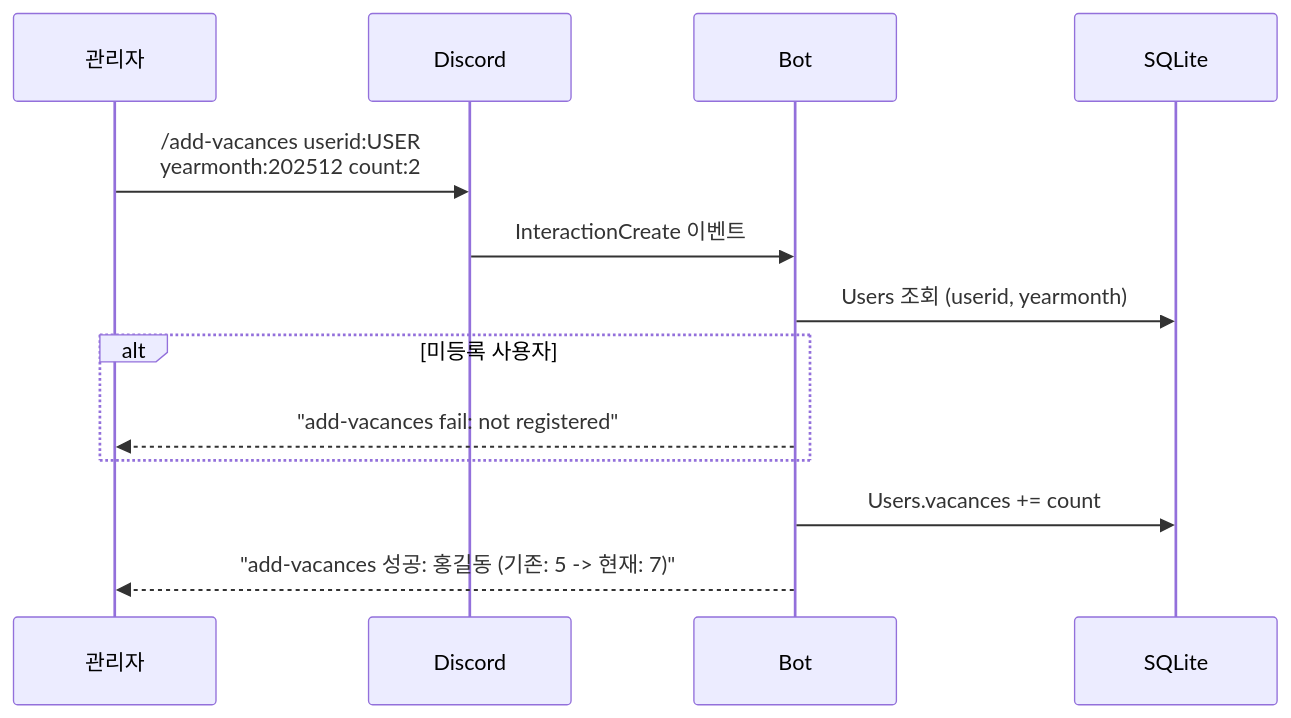
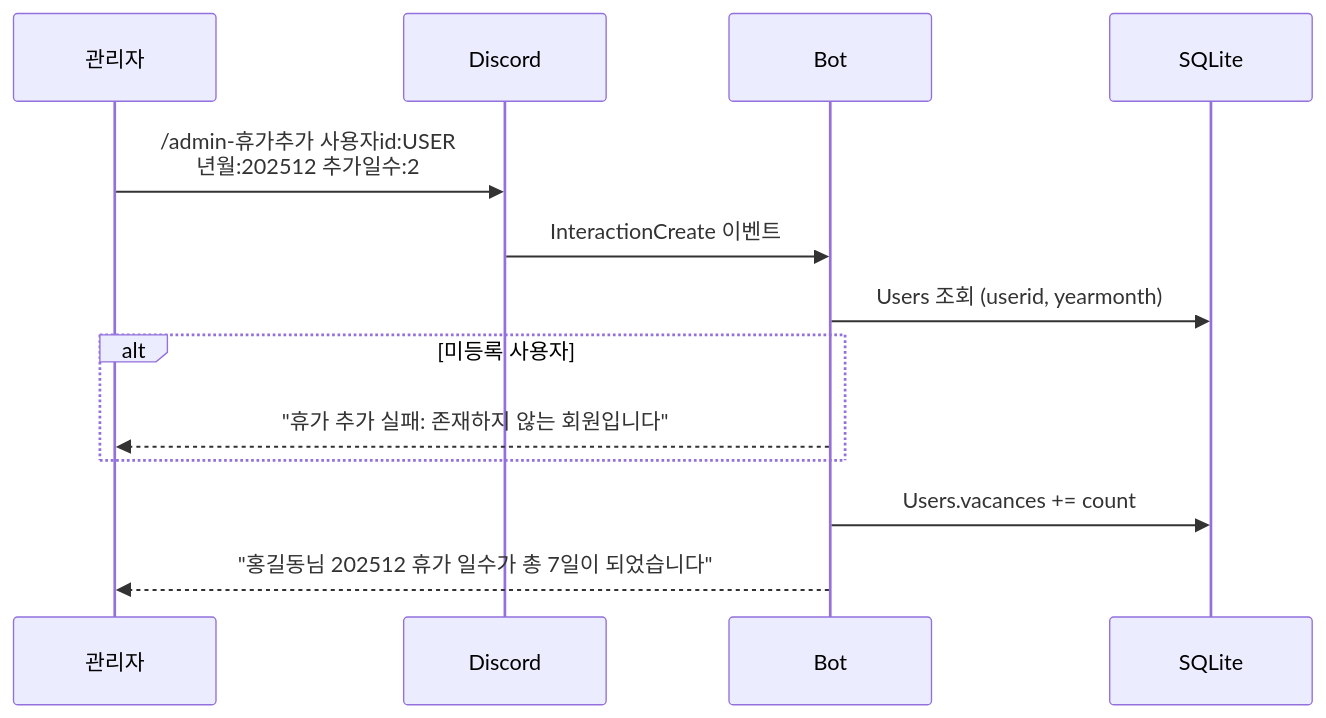
Before and after one commit to honki12345/haruharu-discord-bot: the seventh of 16 diagrams in docs/USER_STORIES.md, drawn with Mermaid. The commit also changed other lines of this file and 16 other files, not shown here.

````diff
--- a/docs/USER_STORIES.md
+++ b/docs/USER_STORIES.md
@@ -272,19 +274,19 @@
 ```mermaid
 sequenceDiagram
     participant A as 관리자
     participant D as Discord
     participant B as Bot
     participant DB as SQLite
 
-    A->>D: /add-vacances userid:USER<br/>yearmonth:202512 count:2
+    A->>D: /admin-휴가추가 사용자id:USER<br/>년월:202512 추가일수:2
 
     D->>B: InteractionCreate 이벤트
 
     B->>DB: Users 조회 (userid, yearmonth)
     alt 미등록 사용자
-        B-->>A: "add-vacances fail: not registered"
+        B-->>A: "휴가 추가 실패: 존재하지 않는 회원입니다"
     end
 
     B->>DB: Users.vacances += count
-    B-->>A: "add-vacances 성공: 홍길동 (기존: 5 -> 현재: 7)"
+    B-->>A: "홍길동님 202512 휴가 일수가 총 7일이 되었습니다"
 ```
````
